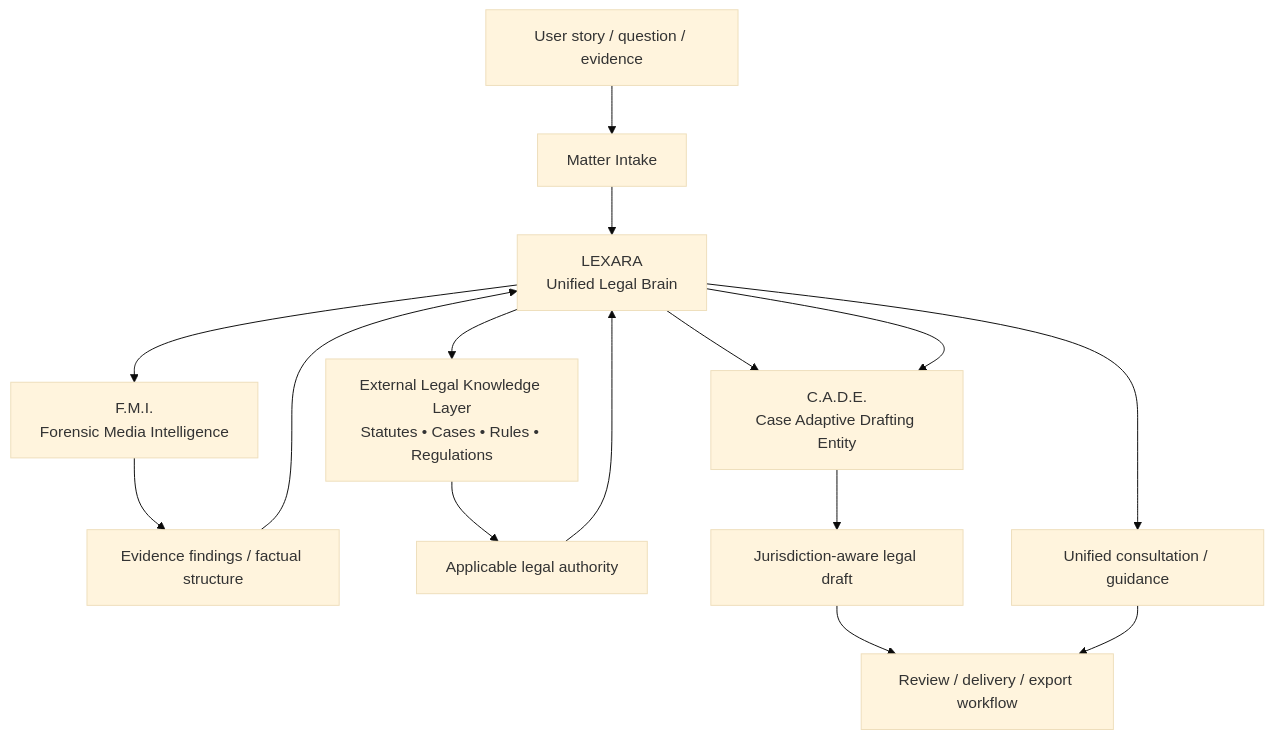
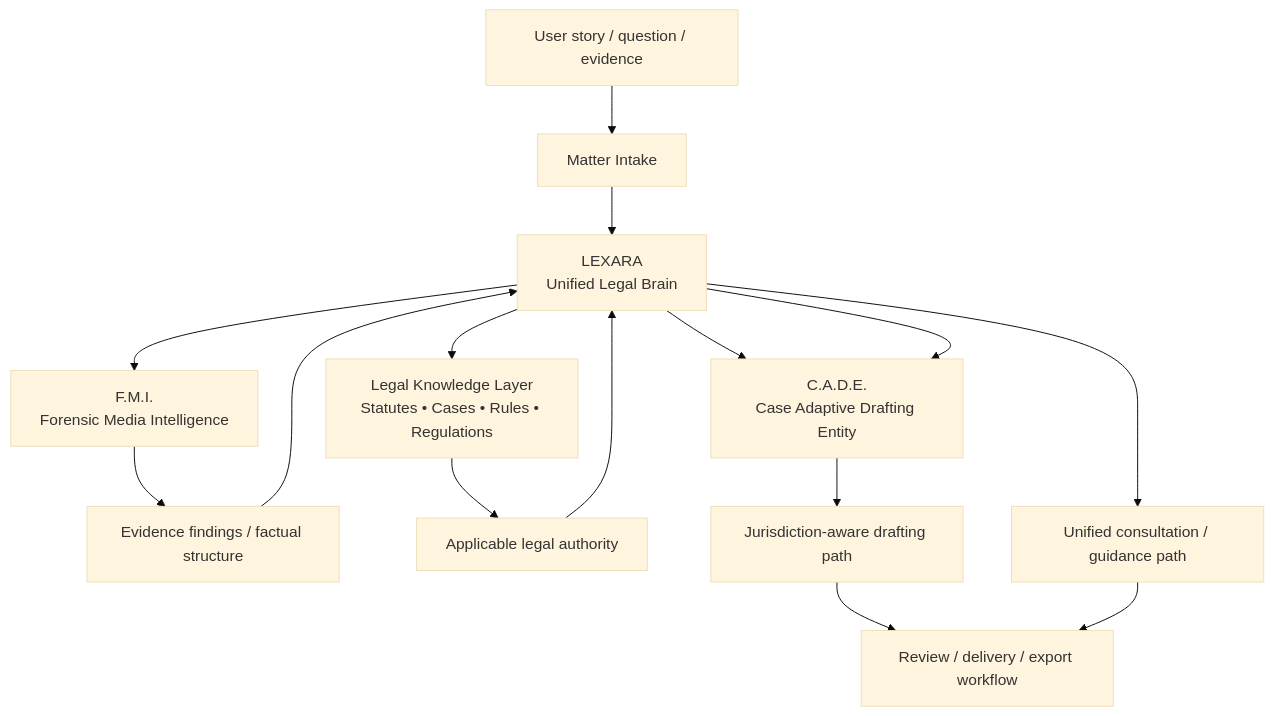
One commit to Rjdclink/Bad-Blue changed the second of 13 diagrams in README.md. Above: the diagram before and after it, drawn with Mermaid (base theme). The commit also changed other lines of this file, not shown here.

````diff
--- a/README.md
+++ b/README.md
@@ -110,20 +120,20 @@
 ```mermaid
 flowchart TD
     U["User story / question / evidence"] --> MATTER["Matter Intake"]
     MATTER --> LEX["LEXARA\nUnified Legal Brain"]
 
     LEX --> FMI["F.M.I.\nForensic Media Intelligence"]
-    LEX --> KNOW["External Legal Knowledge Layer\nStatutes • Cases • Rules • Regulations"]
+    LEX --> KNOW["Legal Knowledge Layer\nStatutes • Cases • Rules • Regulations"]
     LEX --> CADE["C.A.D.E.\nCase Adaptive Drafting Entity"]
 
     FMI --> FACTS["Evidence findings / factual structure"]
     KNOW --> LAW["Applicable legal authority"]
     FACTS --> LEX
     LAW --> LEX
     LEX --> CADE
 
-    CADE --> DOC["Jurisdiction-aware legal draft"]
-    LEX --> RESPONSE["Unified consultation / guidance"]
+    CADE --> DOC["Jurisdiction-aware drafting path"]
+    LEX --> RESPONSE["Unified consultation / guidance path"]
     DOC --> REVIEW["Review / delivery / export workflow"]
     RESPONSE --> REVIEW
 ```
````
